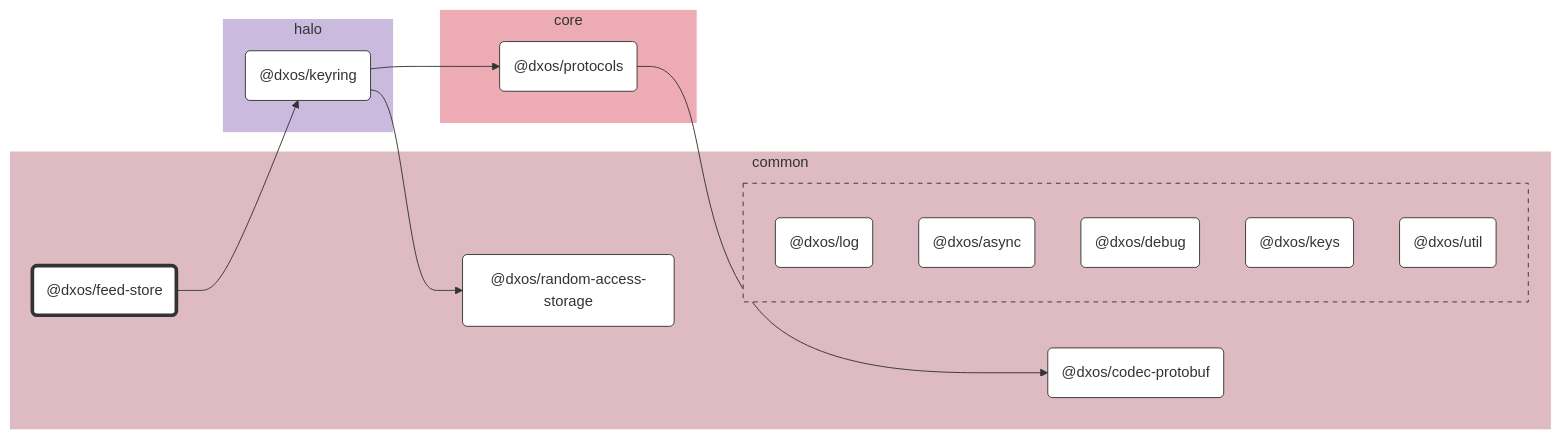
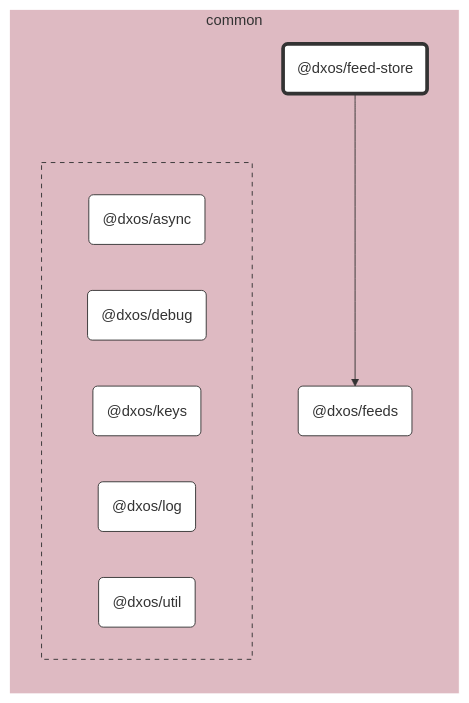
The diagram in packages/common/feed-store/docs/README.md (dxos/dxos), drawn with Mermaid before and after one commit. The commit also changed other lines of this file and 64 other files, not shown here.

````diff
--- a/packages/common/feed-store/docs/README.md
+++ b/packages/common/feed-store/docs/README.md
@@ -7,54 +7,37 @@
 ```mermaid
 %%{ init: {'flowchart':{'curve':'basis'}} }%%
 
 flowchart LR
 
 %% Classes
 classDef def fill:#fff,stroke:#333,stroke-width:1px
 classDef root fill:#fff,stroke:#333,stroke-width:4px
 
 %% Nodes
 
 subgraph common [common]
   style common fill:#debac2,stroke:#fff
   dxos/feed-store("@dxos/feed-store"):::root
   click dxos/feed-store "dxos/dxos/tree/main/packages/common/feed-store/docs"
-  dxos/codec-protobuf("@dxos/codec-protobuf"):::def
-  click dxos/codec-protobuf "dxos/dxos/tree/main/packages/common/codec-protobuf/docs"
-  dxos/random-access-storage("@dxos/random-access-storage"):::def
-  click dxos/random-access-storage "dxos/dxos/tree/main/packages/common/random-access-storage/docs"
+  dxos/feeds("@dxos/feeds"):::def
+  click dxos/feeds "dxos/dxos/tree/main/packages/common/feeds/docs"
 
   subgraph common-excluded [ ]
     style common-excluded fill:#debac2,stroke:#333,stroke-dasharray:5 5
-    dxos/log("@dxos/log"):::def
-    click dxos/log "dxos/dxos/tree/main/packages/common/log/docs"
     dxos/async("@dxos/async"):::def
     click dxos/async "dxos/dxos/tree/main/packages/common/async/docs"
     dxos/debug("@dxos/debug"):::def
     click dxos/debug "dxos/dxos/tree/main/packages/common/debug/docs"
     dxos/keys("@dxos/keys"):::def
     click dxos/keys "dxos/dxos/tree/main/packages/common/keys/docs"
+    dxos/log("@dxos/log"):::def
+    click dxos/log "dxos/dxos/tree/main/packages/common/log/docs"
     dxos/util("@dxos/util"):::def
     click dxos/util "dxos/dxos/tree/main/packages/common/util/docs"
   end
 end
 
-subgraph halo [halo]
-  style halo fill:#cabade,stroke:#fff
-  dxos/keyring("@dxos/keyring"):::def
-  click dxos/keyring "dxos/dxos/tree/main/packages/core/halo/keyring/docs"
-end
-
-subgraph core [core]
-  style core fill:#edabb3,stroke:#fff
-  dxos/protocols("@dxos/protocols"):::def
-  click dxos/protocols "dxos/dxos/tree/main/packages/core/protocols/docs"
-end
-
 %% Links
 linkStyle default stroke:#333,stroke-width:1px
-dxos/feed-store --> dxos/keyring
-dxos/keyring --> dxos/protocols
-dxos/protocols --> dxos/codec-protobuf
-dxos/keyring --> dxos/random-access-storage
+dxos/feed-store --> dxos/feeds
 ```
````
